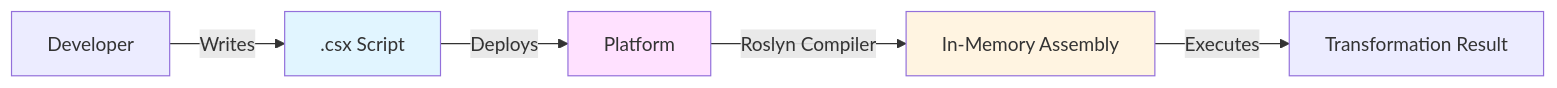
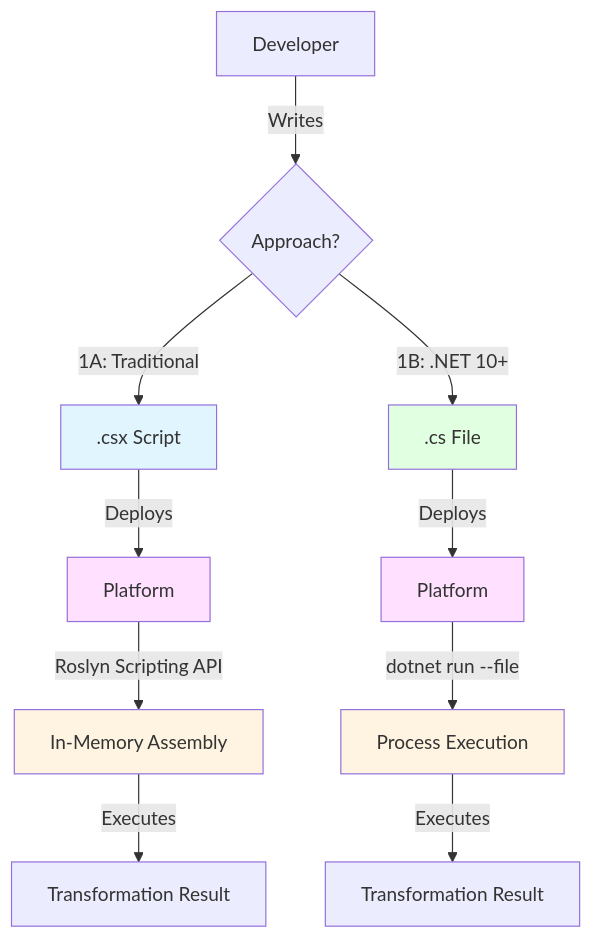
Before and after one commit to nmusset/Retail_DataStreaming_Vibe: the first of 5 diagrams in docs/design/1_proposals/transformation-format.md, drawn with Mermaid. The commit also changed other lines of this file, not shown here.

First line of the commit message:
Tell AI there is a new alternative to executing C# script directly

````diff
--- a/docs/design/1_proposals/transformation-format.md
+++ b/docs/design/1_proposals/transformation-format.md
@@ -53,11 +66,23 @@
 ```mermaid
-graph LR
-    DEV[Developer] -->|Writes| SCRIPT[.csx Script]
-    SCRIPT -->|Deploys| PLATFORM[Platform]
-    PLATFORM -->|Roslyn Compiler| ASSEMBLY[In-Memory Assembly]
-    ASSEMBLY -->|Executes| RESULT[Transformation Result]
+graph TB
+    DEV[Developer] -->|Writes| CHOICE{Approach?}
     
-    style SCRIPT fill:#e1f5ff
-    style PLATFORM fill:#ffe1ff
-    style ASSEMBLY fill:#fff4e1
+    CHOICE -->|1A: Traditional| CSX[.csx Script]
+    CHOICE -->|1B: .NET 10+| CS[.cs File]
+    
+    CSX -->|Deploys| PLATFORM1[Platform]
+    CS -->|Deploys| PLATFORM2[Platform]
+    
+    PLATFORM1 -->|Roslyn Scripting API| ASSEMBLY1[In-Memory Assembly]
+    PLATFORM2 -->|dotnet run --file| PROCESS[Process Execution]
+    
+    ASSEMBLY1 -->|Executes| RESULT1[Transformation Result]
+    PROCESS -->|Executes| RESULT2[Transformation Result]
+    
+    style CSX fill:#e1f5ff
+    style CS fill:#e1ffe1
+    style PLATFORM1 fill:#ffe1ff
+    style PLATFORM2 fill:#ffe1ff
+    style ASSEMBLY1 fill:#fff4e1
+    style PROCESS fill:#fff4e1
 ```
````
